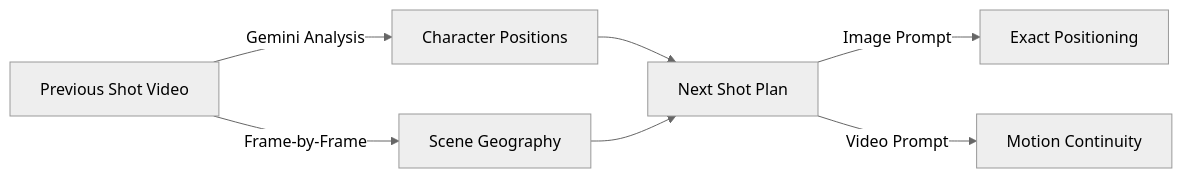
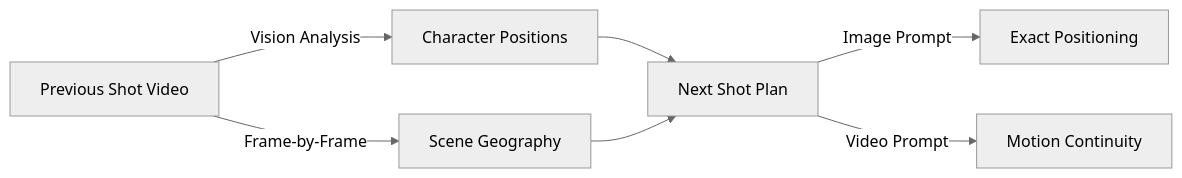
The second of 2 diagrams in README.md (skolmuirgheasa/openfilmai), drawn with Mermaid (neutral theme) before and after one commit. The commit also changed other lines of this file, not shown here.

Commit message:
Clean up README: remove model versions, fix terminology, restore timeline hero

````diff
--- a/README.md
+++ b/README.md
@@ -233,9 +227,9 @@
 ```mermaid
 graph LR
-    A[Previous Shot Video] -->|Gemini Analysis| B[Character Positions]
+    A[Previous Shot Video] -->|Vision Analysis| B[Character Positions]
     A -->|Frame-by-Frame| C[Scene Geography]
     B --> D[Next Shot Plan]
     C --> D
     D -->|Image Prompt| E[Exact Positioning]
     D -->|Video Prompt| F[Motion Continuity]
 ```
````
